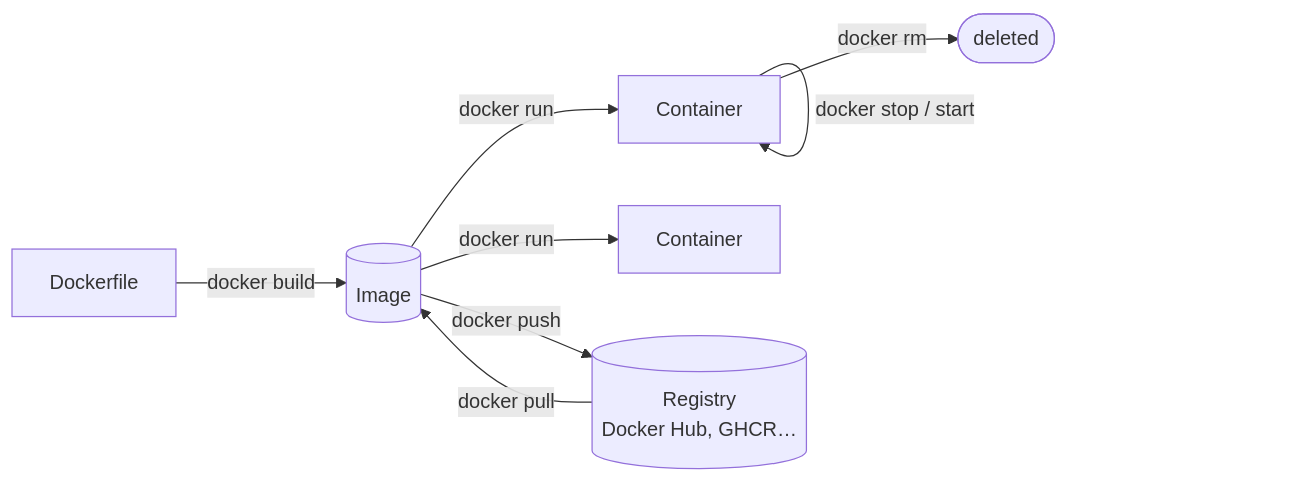
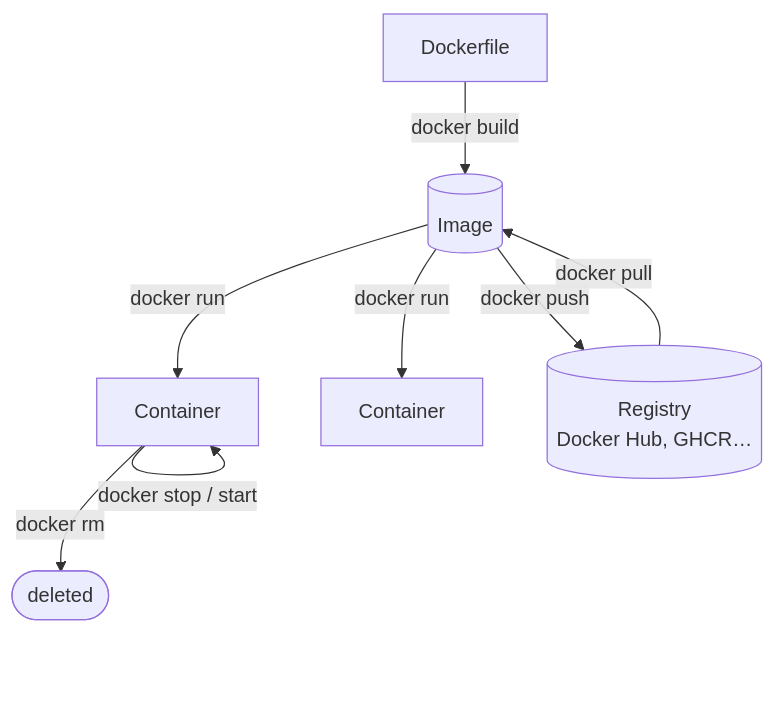
Before and after one commit to e-choness/portfolio-site: the second of 2 diagrams in _posts/2025-07-10-chapter-1-1-docker-basics.md, drawn with Mermaid. The commit also changed 22 other files, not shown here.

Commit message:
improve diagram display

````diff
--- a/_posts/2025-07-10-chapter-1-1-docker-basics.md
+++ b/_posts/2025-07-10-chapter-1-1-docker-basics.md
@@ -73,10 +73,10 @@
 ```mermaid
-flowchart LR
+flowchart TD
   df[Dockerfile] -- "docker build" --> img[(Image)]
   img -- "docker run" --> c1[Container]
   img -- "docker run" --> c2[Container]
   img -- "docker push" --> reg[(Registry<br/>Docker Hub, GHCR…)]
   reg -- "docker pull" --> img
   c1 -- "docker stop / start" --> c1
   c1 -- "docker rm" --> gone([deleted])
 ```
````
